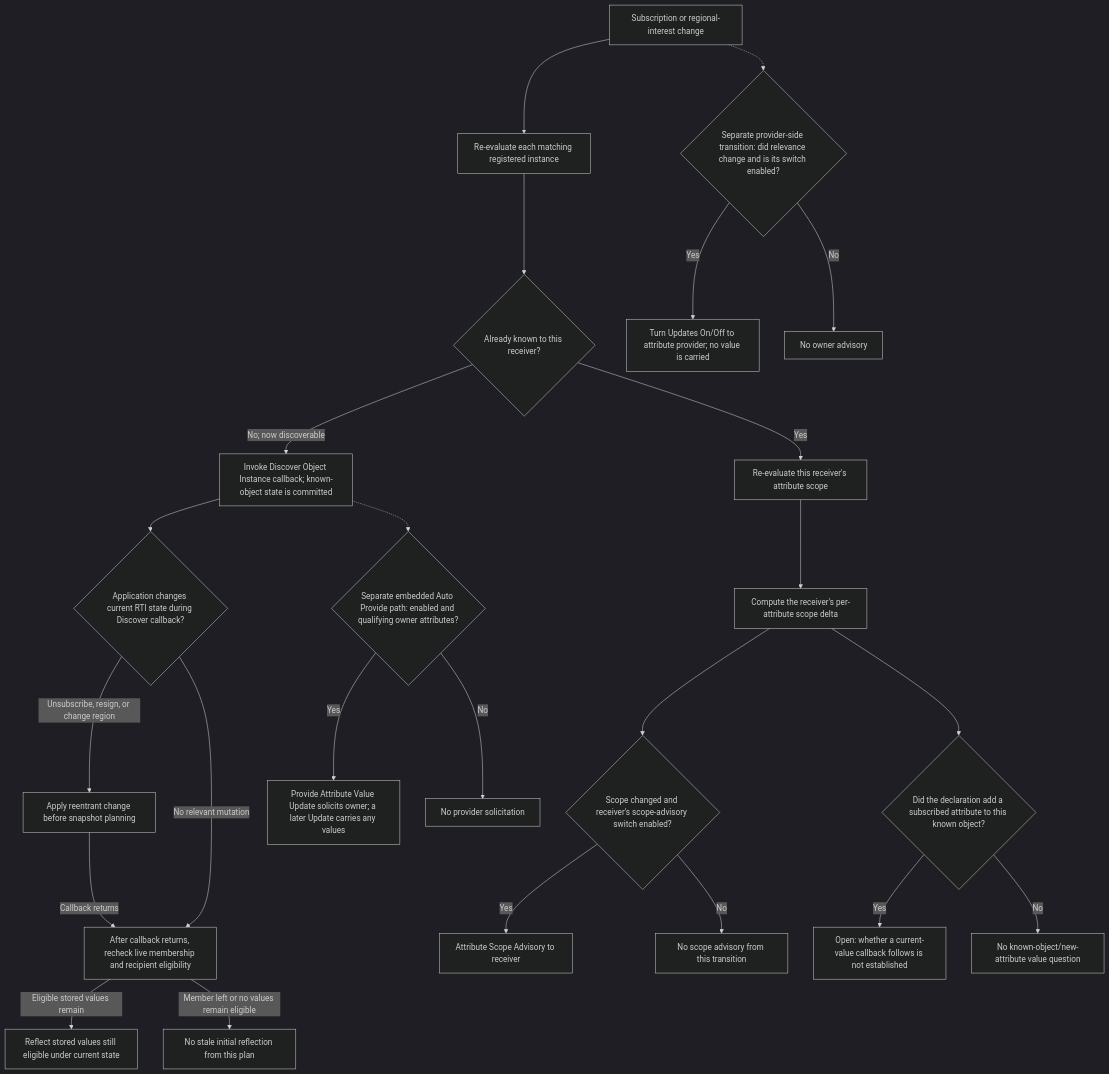
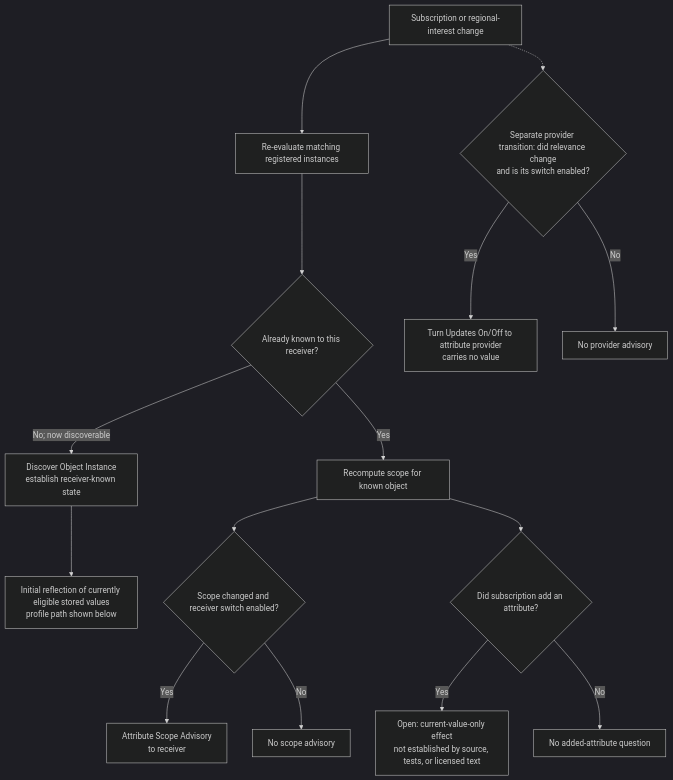
Before and after one commit to sheepfling/umbra: the ninth of 12 diagrams in docs/design/HLA-2025-OBJECT-ATTRIBUTE-SUBSCRIPTION-STATE-FLOW-GUIDE.md, drawn with Mermaid (dark theme). The commit also changed other lines of this file and 39 other files, not shown here.

Commit message:
Document IEEE 1516.1-2025 behavior flows

````diff
--- a/docs/design/HLA-2025-OBJECT-ATTRIBUTE-SUBSCRIPTION-STATE-FLOW-GUIDE.md
+++ b/docs/design/HLA-2025-OBJECT-ATTRIBUTE-SUBSCRIPTION-STATE-FLOW-GUIDE.md
@@ -441,26 +654,19 @@
 ```mermaid
 flowchart TD
-  CHANGE["Subscription or regional-interest change"] --> REEVAL["Re-evaluate each matching registered instance"]
+  accTitle: 2025 subscription-change effects by receiver knowledge
+  accDescr: A subscription change re-evaluates matching objects. A receiver that did not know an existing object may get discovery and initial eligible values. For a known object, scope advice is separate from the unresolved current-value effect of adding an attribute; provider relevance advice goes to a different federate.
+  CHANGE["Subscription or regional-interest change"] --> REEVAL["Re-evaluate matching registered instances"]
   REEVAL --> KNOWN{"Already known to this receiver?"}
-  KNOWN -->|"No; now discoverable"| DISCOVER["Invoke Discover Object Instance callback; known-object state is committed"]
-  DISCOVER --> REENTRY{"Application changes current RTI state during Discover callback?"}
-  REENTRY -->|"Unsubscribe, resign, or change region"| MUTATE["Apply reentrant change before snapshot planning"]
-  REENTRY -->|"No relevant mutation"| CURRENT["After callback returns, recheck live membership and recipient eligibility"]
-  MUTATE -->|"Callback returns"| CURRENT
-  CURRENT -->|"Eligible stored values remain"| INITIAL["Reflect stored values still eligible under current state"]
-  CURRENT -->|"Member left or no values remain eligible"| NOINITIAL["No stale initial reflection from this plan"]
-  DISCOVER -.-> AUTOGATE{"Separate embedded Auto Provide path: enabled and qualifying owner attributes?"}
-  AUTOGATE -->|"Yes"| AUTOPROVIDE["Provide Attribute Value Update solicits owner; a later Update carries any values"]
-  AUTOGATE -->|"No"| NOAUTOPROVIDE["No provider solicitation"]
-  KNOWN -->|"Yes"| SCOPE["Re-evaluate this receiver's attribute scope"]
-  SCOPE --> DELTA["Compute the receiver's per-attribute scope delta"]
-  DELTA --> SCOPEGATE{"Scope changed and receiver's scope-advisory switch enabled?"}
-  SCOPEGATE -->|"Yes"| SCOPECALLBACK["Attribute Scope Advisory to receiver"]
-  SCOPEGATE -->|"No"| NOSCOPE["No scope advisory from this transition"]
-  DELTA --> NEWATTRIBUTE{"Did the declaration add a subscribed attribute to this known object?"}
-  NEWATTRIBUTE -->|"Yes"| VALUEGAP["Open: whether a current-value callback follows is not established"]
-  NEWATTRIBUTE -->|"No"| NOVALUEQUESTION["No known-object/new-attribute value question"]
-  CHANGE -.-> OWNERGATE{"Separate provider-side transition: did relevance change and is its switch enabled?"}
-  OWNERGATE -->|"Yes"| OWNER["Turn Updates On/Off to attribute provider; no value is carried"]
-  OWNERGATE -->|"No"| NOOWNER["No owner advisory"]
+  KNOWN -->|"No; now discoverable"| DISCOVER["Discover Object Instance<br/>establish receiver-known state"]
+  DISCOVER --> INITIAL["Initial reflection of currently eligible stored values<br/>profile path shown below"]
+  KNOWN -->|"Yes"| SCOPE["Recompute scope for known object"]
+  SCOPE --> SCOPEQ{"Scope changed and receiver switch enabled?"}
+  SCOPEQ -->|"Yes"| SCOPECALL["Attribute Scope Advisory<br/>to receiver"]
+  SCOPEQ -->|"No"| NOSCOPE["No scope advisory"]
+  SCOPE --> ADD{"Did subscription add an attribute?"}
+  ADD -->|"Yes"| OPEN["Open: current-value-only effect<br/>not established by source, tests, or licensed text"]
+  ADD -->|"No"| NOADD["No added-attribute question"]
+  CHANGE -.-> OWNERQ{"Separate provider transition: did relevance change<br/>and is its switch enabled?"}
+  OWNERQ -->|"Yes"| OWNER["Turn Updates On/Off to attribute provider<br/>carries no value"]
+  OWNERQ -->|"No"| NOOWNER["No provider advisory"]
 ```
````
